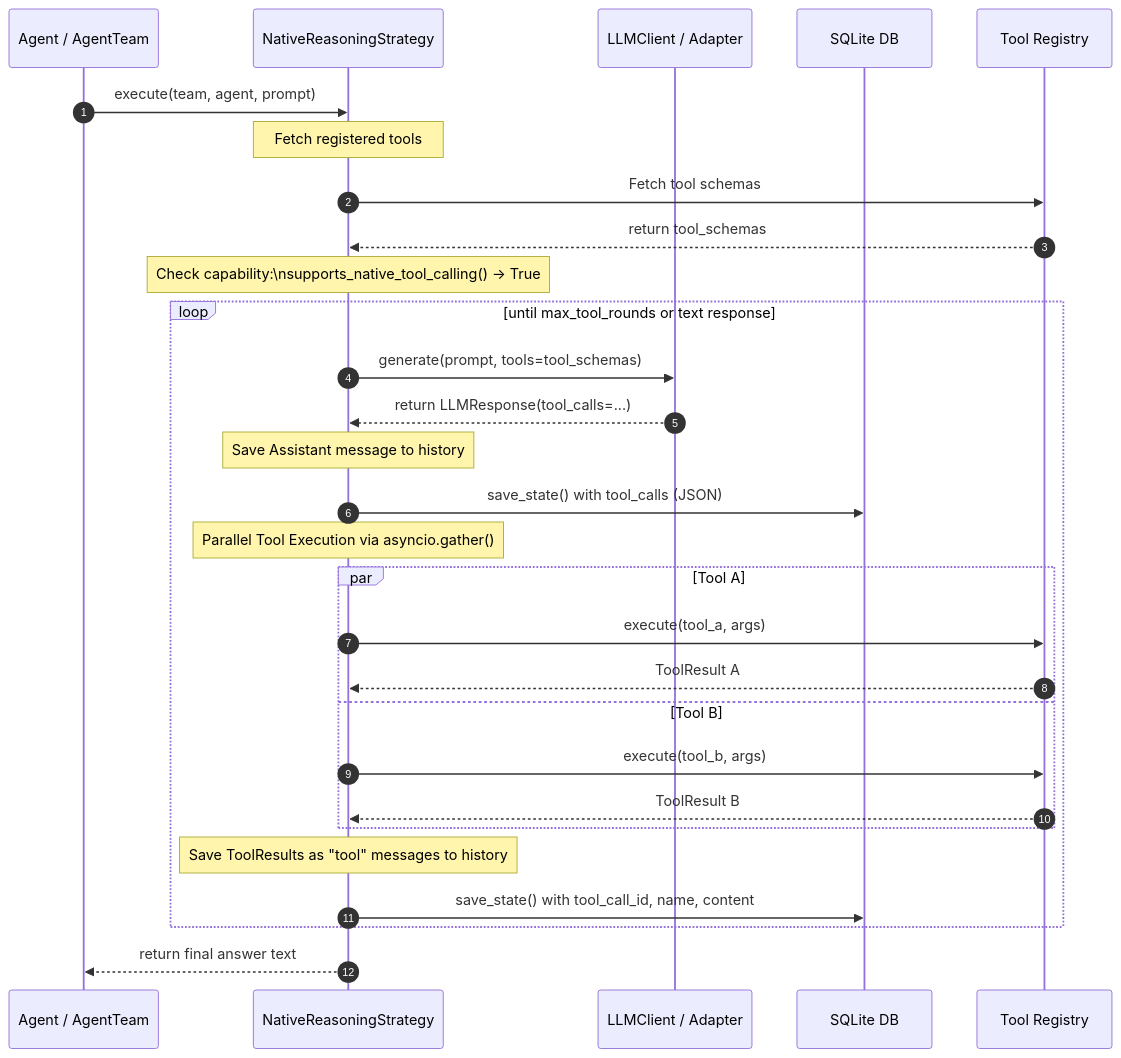
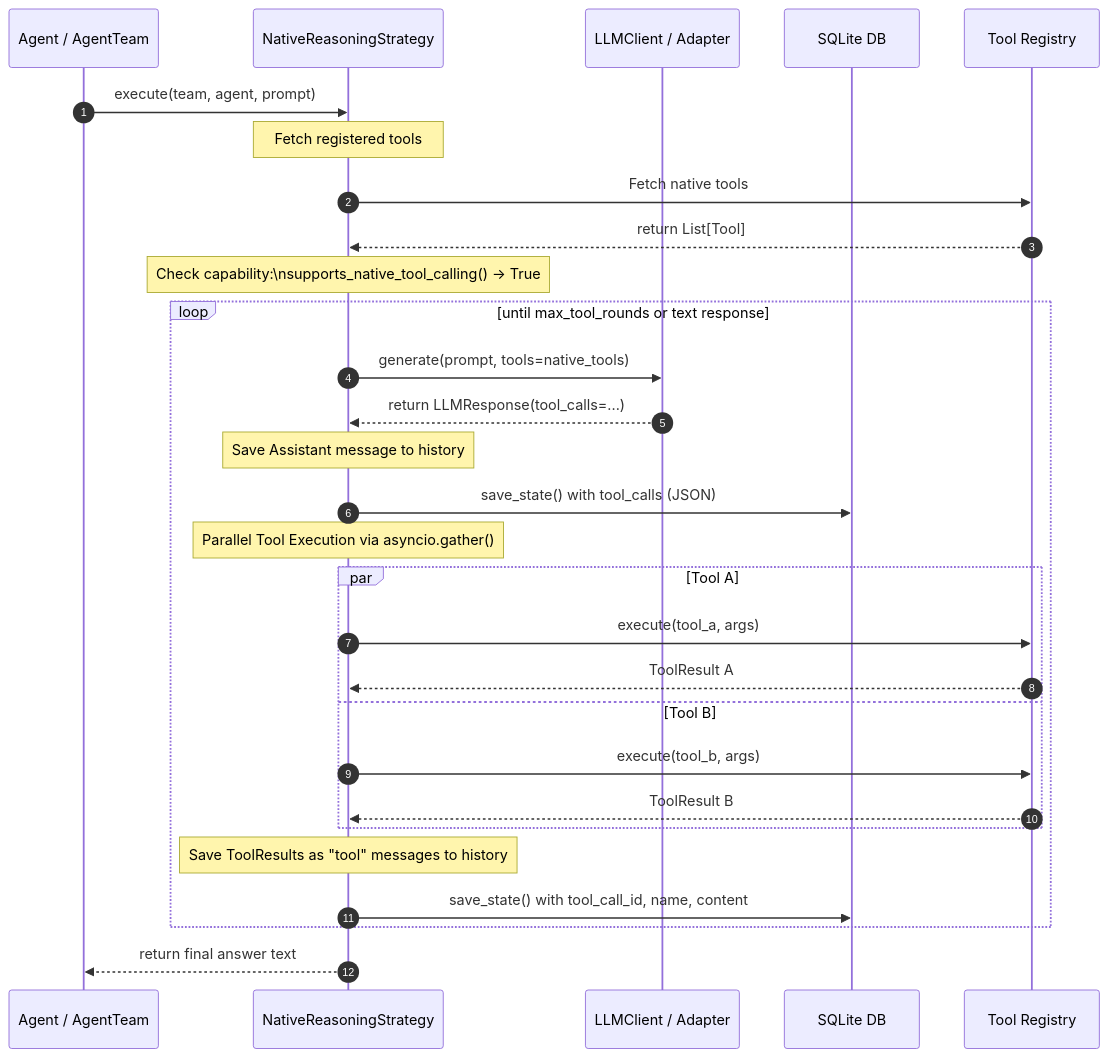
The diagram in docs/Tool_Calling_Strategies.md (AI-Team-Team/AI-Team-Team), drawn with Mermaid before and after one commit. The commit also changed other lines of this file and 12 other files, not shown here.

First line of the commit message:
docs(architecture): comprehensively update architecture specifications and flowcharts

````diff
--- a/docs/Tool_Calling_Strategies.md
+++ b/docs/Tool_Calling_Strategies.md
@@ -90,37 +106,37 @@
 ```mermaid
 sequenceDiagram
     autonumber
     participant Agent as Agent / AgentTeam
     participant Strategy as NativeReasoningStrategy
     participant Client as LLMClient / Adapter
     participant DB as SQLite DB
     participant Tools as Tool Registry
     
     Agent->>Strategy: execute(team, agent, prompt)
     Note over Strategy: Fetch registered tools
-    Strategy->>Tools: Fetch tool schemas
-    Tools-->>Strategy: return tool_schemas
+    Strategy->>Tools: Fetch native tools
+    Tools-->>Strategy: return List[Tool]
     Note over Strategy: Check capability:\nsupports_native_tool_calling() -> True
     
     loop until max_tool_rounds or text response
-        Strategy->>Client: generate(prompt, tools=tool_schemas)
+        Strategy->>Client: generate(prompt, tools=native_tools)
         Client-->>Strategy: return LLMResponse(tool_calls=...)
         
         Note over Strategy: Save Assistant message to history
         Strategy->>DB: save_state() with tool_calls (JSON)
         
         Note over Strategy: Parallel Tool Execution via asyncio.gather()
         par Tool A
             Strategy->>Tools: execute(tool_a, args)
             Tools-->>Strategy: ToolResult A
         and Tool B
             Strategy->>Tools: execute(tool_b, args)
             Tools-->>Strategy: ToolResult B
         end
         
         Note over Strategy: Save ToolResults as "tool" messages to history
         Strategy->>DB: save_state() with tool_call_id, name, content
     end
     
     Strategy-->>Agent: return final answer text
 ```
````
